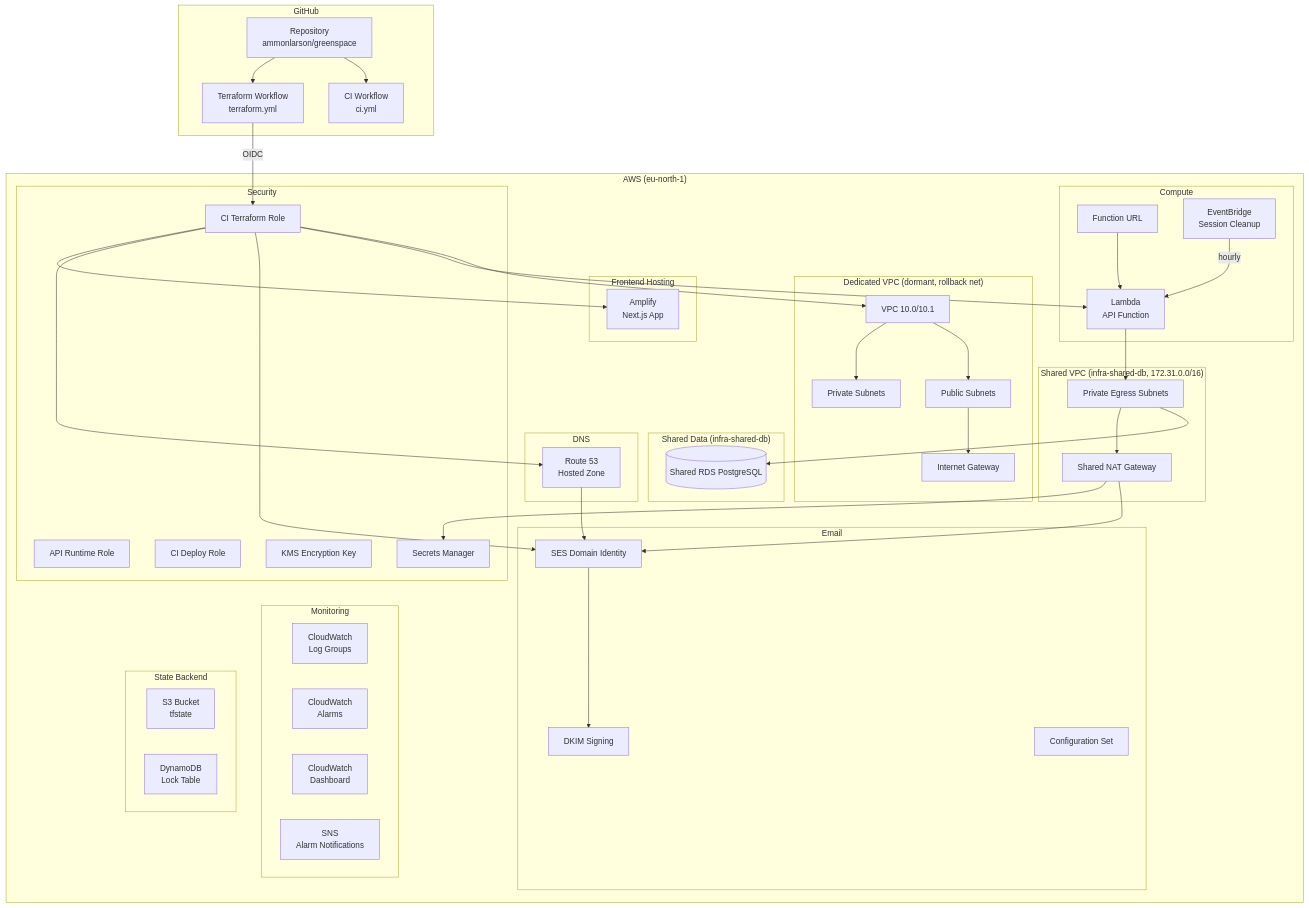
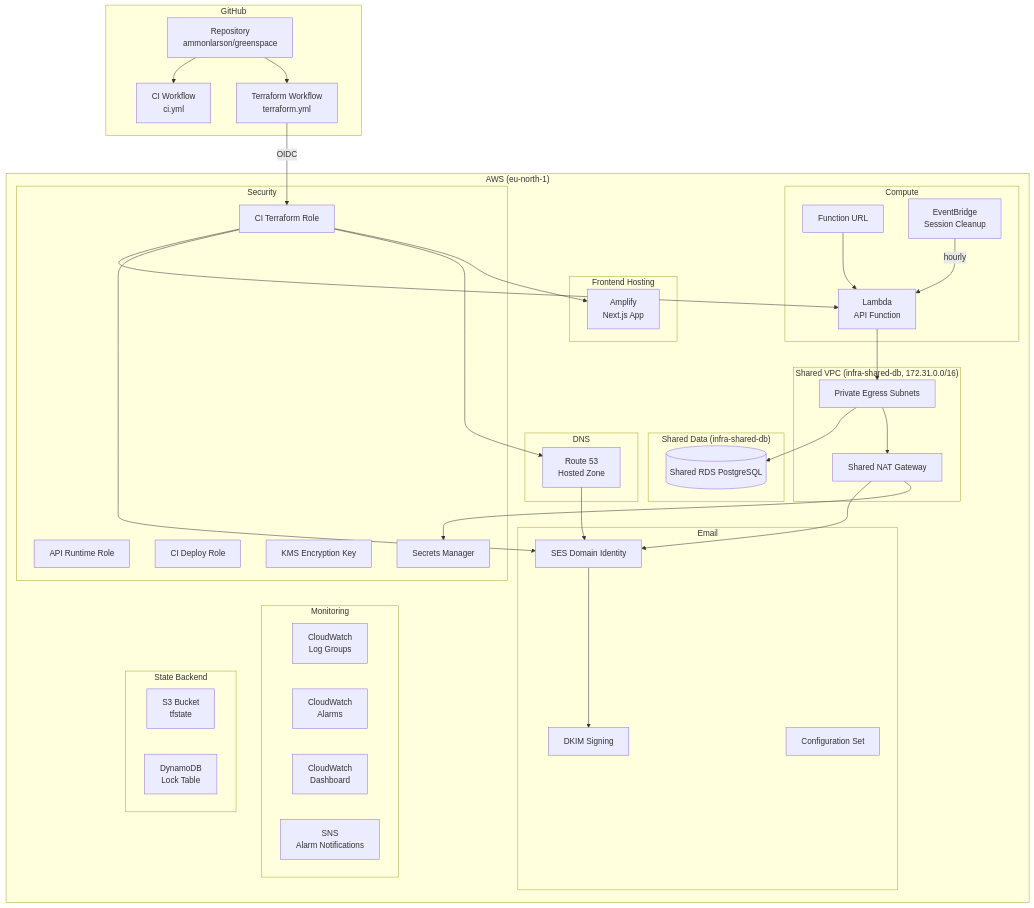
The fifth of 6 diagrams in docs/architecture.md (ammonl/greenspace), drawn with Mermaid before and after one commit. The commit also changed other lines of this file and 11 other files, not shown here.

First line of the commit message:
feat(infra): retire dedicated VPCs after shared-VPC move (#481)

````diff
--- a/docs/architecture.md
+++ b/docs/architecture.md
@@ -268,13 +268,6 @@
         subgraph "Shared VPC (infra-shared-db, 172.31.0.0/16)"
             SHARED_SUB[Private Egress Subnets]
             SHARED_NAT[Shared NAT Gateway]
-        end
-
-        subgraph "Dedicated VPC (dormant, rollback net)"
-            VPC[VPC 10.0/10.1]
-            PUB_SUB[Public Subnets]
-            PRIV_SUB[Private Subnets]
-            IGW[Internet Gateway]
         end
 
         subgraph "Compute"
@@ -325,7 +318,6 @@
     REPO --> CI
     REPO --> TF_WF
     TF_WF -->|OIDC| IAM_TF
-    IAM_TF --> VPC
     IAM_TF --> LAMBDA
     IAM_TF --> SES_ID
     IAM_TF --> R53
@@ -337,9 +329,6 @@
     SHARED_SUB --> SHARED_NAT
     SHARED_NAT --> SES_ID
     SHARED_NAT --> SECRETS
-    VPC --> PUB_SUB
-    VPC --> PRIV_SUB
-    PUB_SUB --> IGW
     R53 --> SES_ID
     SES_ID --> SES_DKIM
 ```
````
